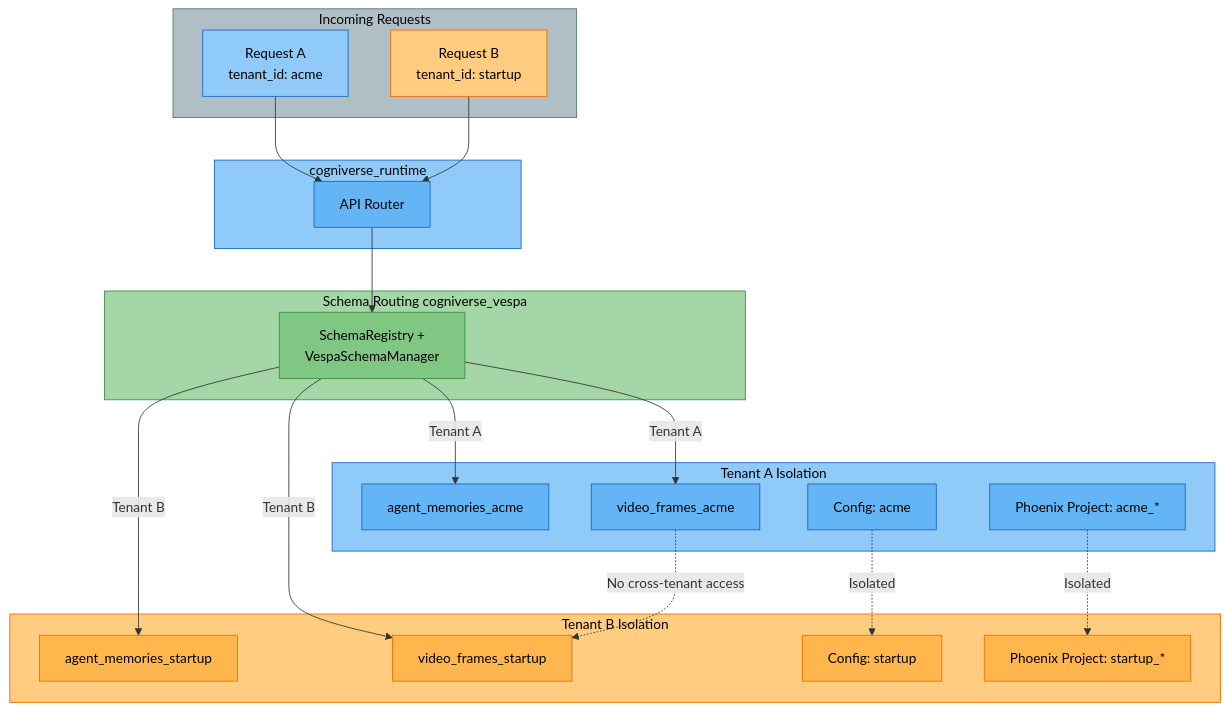
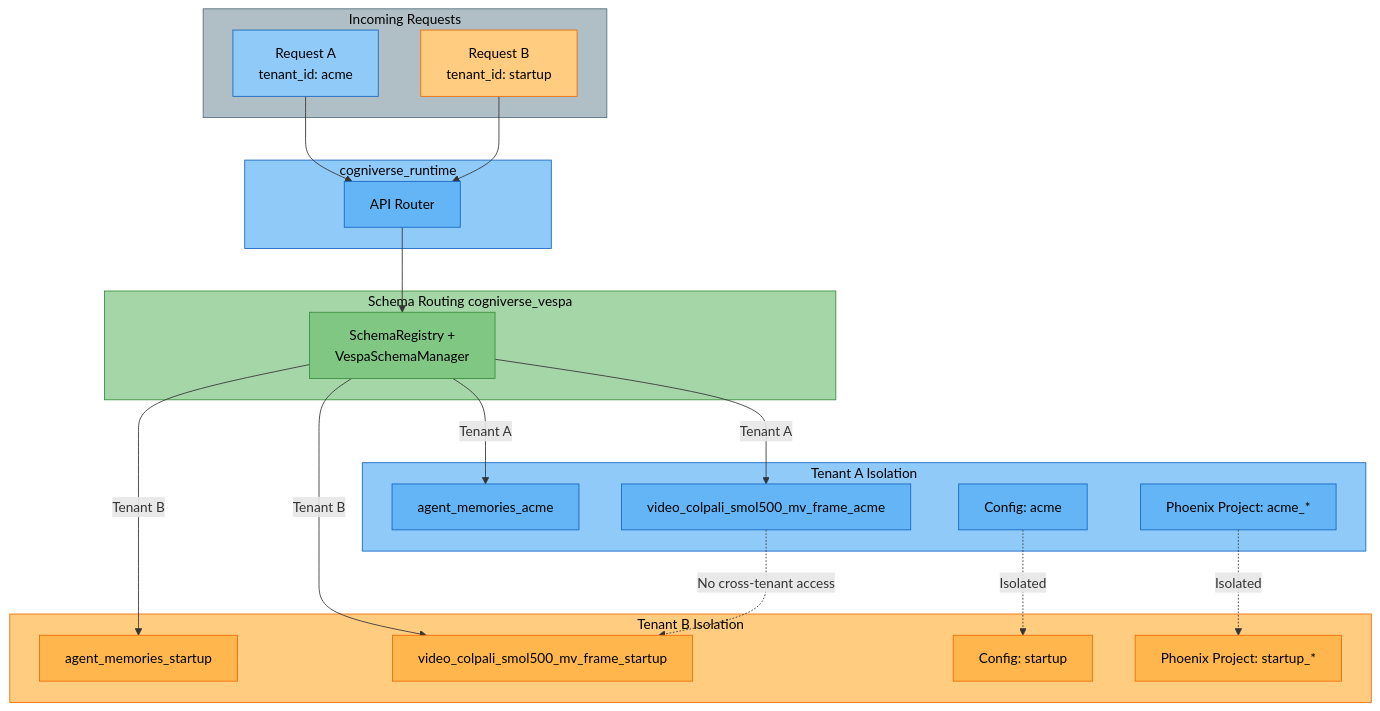
The tenth of 25 diagrams in docs/architecture/system-flows.md (amit-jain/cogniverse), drawn with Mermaid before and after one commit. The commit also changed other lines of this file and 7 other files, not shown here.

First line of the commit message:
Document all 23 agents and convert diagrams to mermaid

````diff
--- a/docs/architecture/system-flows.md
+++ b/docs/architecture/system-flows.md
@@ -337,61 +480,61 @@
 ```mermaid
 flowchart TB
     subgraph Incoming[<span style='color:#000'>Incoming Requests</span>]
         ReqA[<span style='color:#000'>Request A<br/>tenant_id: acme</span>]
         ReqB[<span style='color:#000'>Request B<br/>tenant_id: startup</span>]
     end
 
     subgraph RuntimePkg[<span style='color:#000'>cogniverse_runtime</span>]
         Router[<span style='color:#000'>API Router</span>]
     end
 
     subgraph VespaPkg[<span style='color:#000'>Schema Routing cogniverse_vespa</span>]
         SchemaMgr[<span style='color:#000'>SchemaRegistry +<br/>VespaSchemaManager</span>]
     end
 
     subgraph TenantA[<span style='color:#000'>Tenant A Isolation</span>]
-        SchemaA1[<span style='color:#000'>video_frames_acme</span>]
+        SchemaA1[<span style='color:#000'>video_colpali_smol500_mv_frame_acme</span>]
         SchemaA2[<span style='color:#000'>agent_memories_acme</span>]
         ConfigA[<span style='color:#000'>Config: acme</span>]
         PhoenixA[<span style='color:#000'>Phoenix Project: acme_*</span>]
     end
 
     subgraph TenantB[<span style='color:#000'>Tenant B Isolation</span>]
-        SchemaB1[<span style='color:#000'>video_frames_startup</span>]
+        SchemaB1[<span style='color:#000'>video_colpali_smol500_mv_frame_startup</span>]
         SchemaB2[<span style='color:#000'>agent_memories_startup</span>]
         ConfigB[<span style='color:#000'>Config: startup</span>]
         PhoenixB[<span style='color:#000'>Phoenix Project: startup_*</span>]
     end
 
     ReqA --> Router
     ReqB --> Router
 
     Router --> SchemaMgr
 
     SchemaMgr -->|Tenant A| SchemaA1
     SchemaMgr -->|Tenant A| SchemaA2
     SchemaMgr -->|Tenant B| SchemaB1
     SchemaMgr -->|Tenant B| SchemaB2
 
     SchemaA1 -.->|No cross-tenant access| SchemaB1
     ConfigA -.->|Isolated| ConfigB
     PhoenixA -.->|Isolated| PhoenixB
 
     style Incoming fill:#b0bec5,stroke:#546e7a,color:#000
     style ReqA fill:#90caf9,stroke:#1565c0,color:#000
     style ReqB fill:#ffcc80,stroke:#ef6c00,color:#000
     style RuntimePkg fill:#90caf9,stroke:#1565c0,color:#000
     style Router fill:#64b5f6,stroke:#1565c0,color:#000
     style VespaPkg fill:#a5d6a7,stroke:#388e3c,color:#000
     style SchemaMgr fill:#81c784,stroke:#388e3c,color:#000
     style TenantA fill:#90caf9,stroke:#1565c0,color:#000
     style SchemaA1 fill:#64b5f6,stroke:#1565c0,color:#000
     style SchemaA2 fill:#64b5f6,stroke:#1565c0,color:#000
     style ConfigA fill:#64b5f6,stroke:#1565c0,color:#000
     style PhoenixA fill:#64b5f6,stroke:#1565c0,color:#000
     style TenantB fill:#ffcc80,stroke:#ef6c00,color:#000
     style SchemaB1 fill:#ffb74d,stroke:#ef6c00,color:#000
     style SchemaB2 fill:#ffb74d,stroke:#ef6c00,color:#000
     style ConfigB fill:#ffb74d,stroke:#ef6c00,color:#000
     style PhoenixB fill:#ffb74d,stroke:#ef6c00,color:#000
 ```
````
